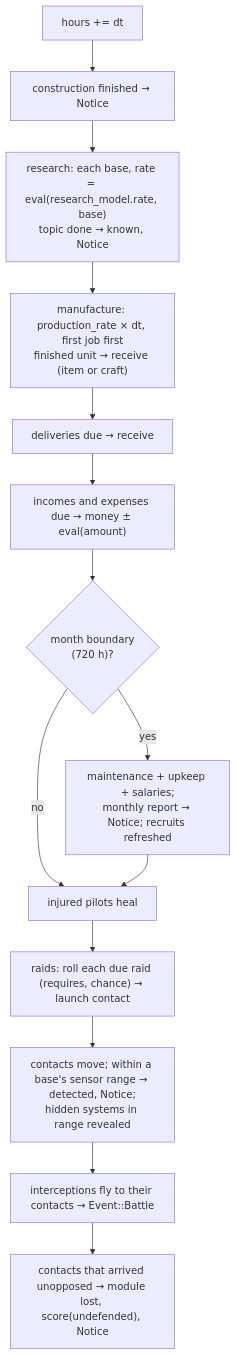
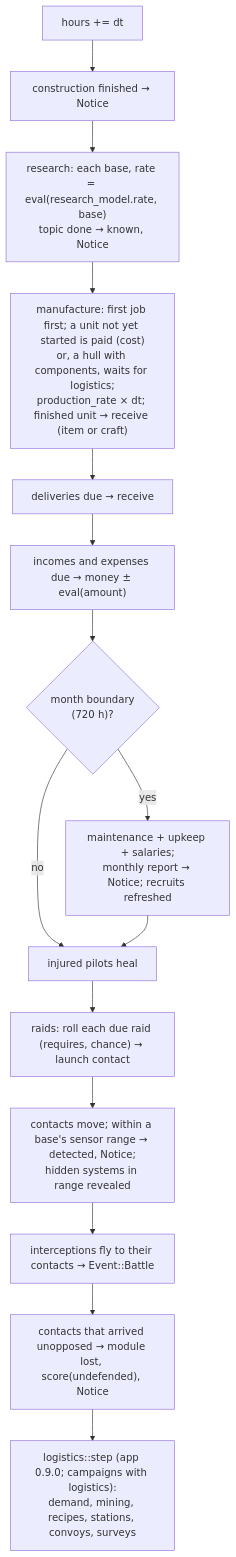
One commit to bbogovich/OpenInterceptor changed the third of 6 diagrams in docs/implementation/architecture/campaign.md. Above: the diagram before and after it, drawn with Mermaid. The commit also changed other lines of this file and 29 other files, not shown here.

````diff
--- a/docs/implementation/architecture/campaign.md
+++ b/docs/implementation/architecture/campaign.md
@@ -82,16 +105,17 @@
 ```mermaid
 flowchart TD
     A["hours += dt"] --> B["construction finished → Notice"]
     B --> C["research: each base, rate = eval(research_model.rate, base)<br/>topic done → known, Notice"]
-    C --> D["manufacture: production_rate × dt, first job first<br/>finished unit → receive (item or craft)"]
+    C --> D["manufacture: first job first; a unit not yet started is paid (cost)<br/>or, a hull with components, waits for logistics;<br/>production_rate × dt; finished unit → receive (item or craft)"]
     D --> E["deliveries due → receive"]
     E --> F["incomes and expenses due → money ± eval(amount)"]
     F --> G{"month boundary<br/>(720 h)?"}
     G -->|yes| H["maintenance + upkeep + salaries;<br/>monthly report → Notice; recruits refreshed"]
     G -->|no| I
     H --> I["injured pilots heal"]
     I --> J["raids: roll each due raid (requires, chance) → launch contact"]
     J --> K["contacts move; within a base's sensor range → detected, Notice;<br/>hidden systems in range revealed"]
     K --> L["interceptions fly to their contacts → Event::Battle"]
     L --> M["contacts that arrived unopposed → module lost, score(undefended), Notice"]
+    M --> N["logistics::step (app 0.9.0; campaigns with logistics):<br/>demand, mining, recipes, stations, convoys, surveys"]
 ```
````
